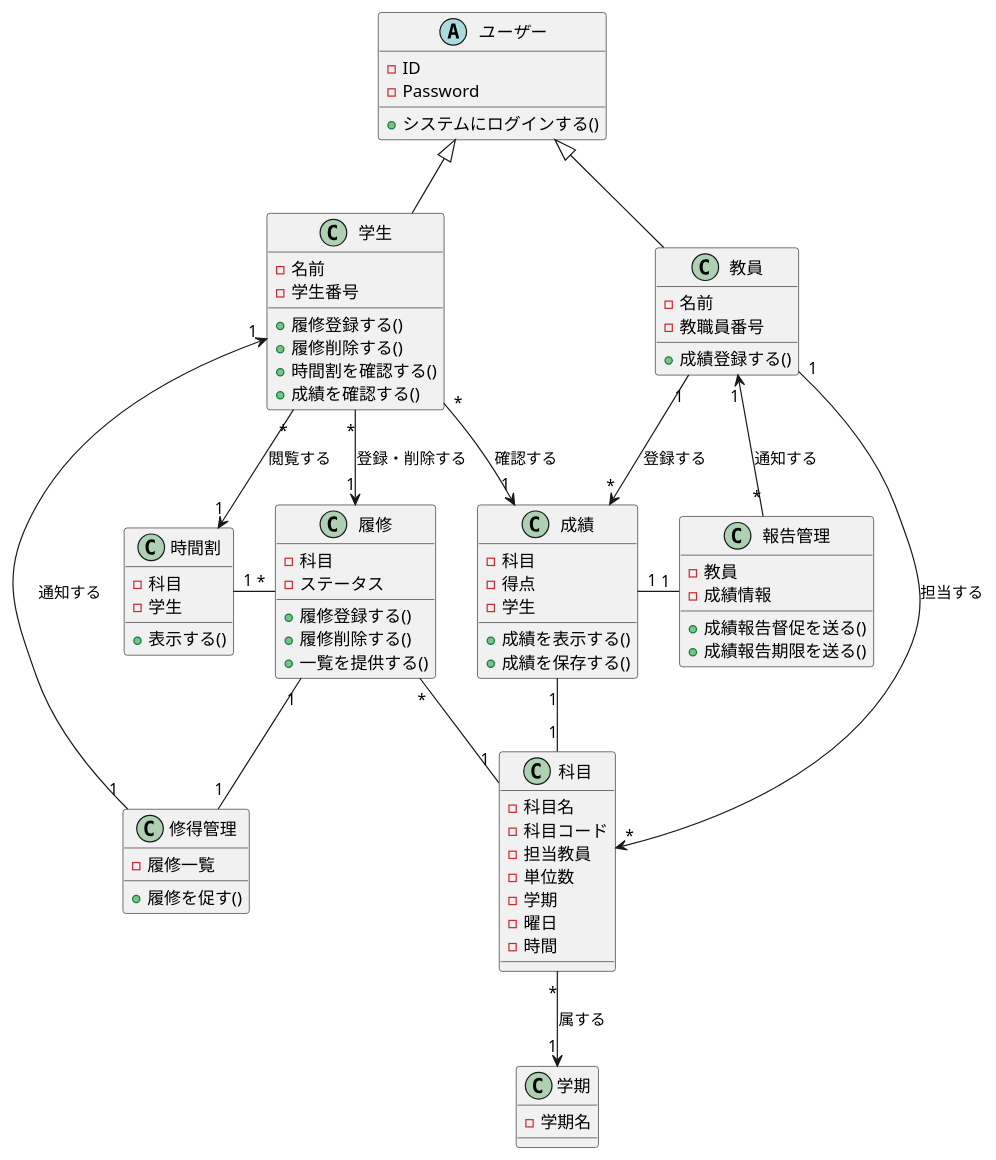
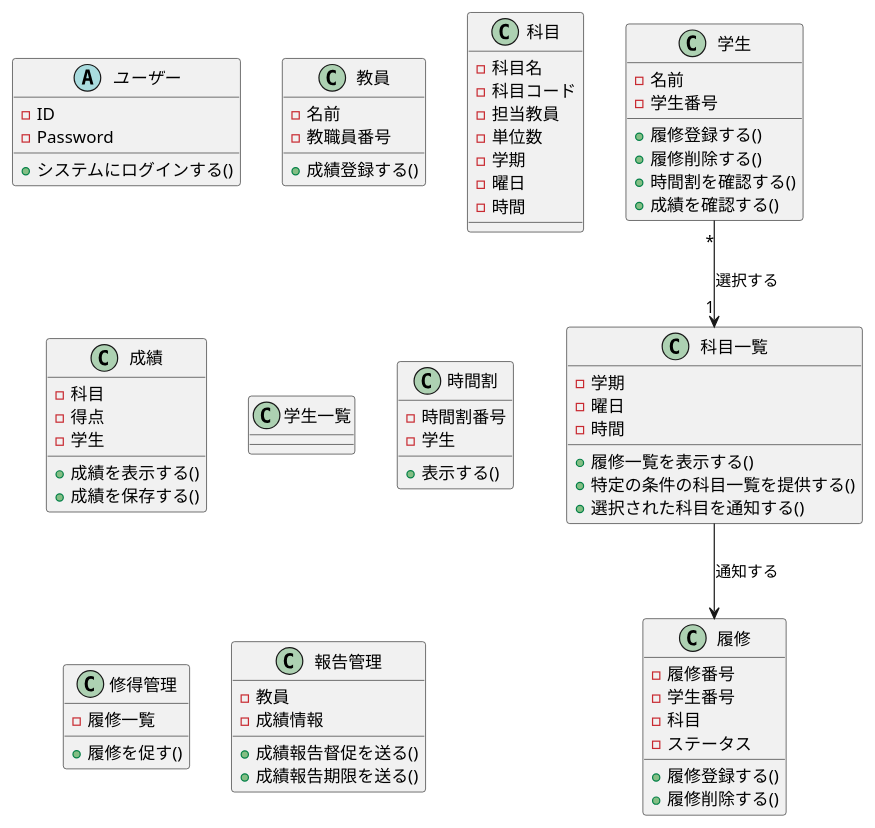
Before and after one commit to tanusai646/software-desine: the diagram in uml/15/class1.puml, drawn with PlantUML. The commit also changed 1 other file, not shown here.

```diff
--- a/uml/15/class1.puml
+++ b/uml/15/class1.puml
@@ -1,95 +1,105 @@
 @startuml クラス図1
 '分析段階のクラス図'
 
 
 'クラス'
 abstract ユーザー{
     - ID
     - Password
     + システムにログインする()
 }
 
 class 学生{
     - 名前
     - 学生番号
     + 履修登録する()
     + 履修削除する()
     + 時間割を確認する()
     + 成績を確認する()
 }
 
 class 教員{
     - 名前
     - 教職員番号
     + 成績登録する()
 }
 
 class 履修{
+    - 履修番号
+    - 学生番号
     - 科目
     - ステータス
     + 履修登録する()
     + 履修削除する()
-    + 一覧を提供する()
+}
+
+class 科目一覧{
+    - 学期
+    - 曜日
+    - 時間
+    + 履修一覧を表示する()
+    + 特定の条件の科目一覧を提供する()
+    + 選択された科目を通知する()
 }
 
 class 科目{
     - 科目名
     - 科目コード
     - 担当教員
     - 単位数
     - 学期
     - 曜日
     - 時間
 }
 
-class 学期{
-    - 学期名
-}
-
 class 成績{
     - 科目
     - 得点
     - 学生
     + 成績を表示する()
     + 成績を保存する()
 }
 
+class 学生一覧{
+
+}
+
 class 時間割{
-    - 科目
+    - 時間割番号
     - 学生
     + 表示する()
 }
 
 class 修得管理{
     - 履修一覧
     + 履修を促す()
 }
 
 class 報告管理{
     - 教員
     - 成績情報
     + 成績報告督促を送る()
     + 成績報告期限を送る()
 }
 
 
 '関係'
-ユーザー <|-down- 学生
-ユーザー <|-down- 教員
+'ユーザー <|-down- 学生
+'ユーザー <|-down- 教員
 
-教員 "1" --> "*" 科目 : 担当する
-教員 "1" --> "*" 成績 : 登録する
-教員 "1" <-- "*" 報告管理 : 通知する
+'教員 "1" --> "*" 科目 : 担当する
+'教員 "1" --> "*" 成績 : 登録する
+'教員 "1" <-- "*" 報告管理 : 通知する
 
-学生 "*" --> "1" 時間割 : 閲覧する
-学生 "*" --> "1" 履修 : 登録・削除する
-学生 "*" --> "1" 成績 : 確認する
-学生 "1" <-- "1" 修得管理 : 通知する
+'学生 "*" --> "1" 時間割 : 閲覧する
+学生 "*" -down-> "1" 科目一覧 : 選択する
+'学生 "*" --> "1" 成績 : 確認する
+'学生 "1" <-- "1" 修得管理 : 通知する
 
-成績 "1" -right- "1" 報告管理
-科目 "1" -up- "1" 成績
-履修 "1" -- "1" 修得管理
-時間割 "1" -right- "*" 履修
-履修 "*" -- "1" 科目
-科目 "*" --> "1" 学期 : 属する
+'成績 "1" -right- "1" 報告管理
+'科目 "1" -up- "1" 成績
+科目一覧 -down-> 履修 : 通知する
+'科目一覧 -- 科目
+'履修 "1" -- "1" 修得管理
+'履修 "*" -- "1" 科目
 @enduml
```
